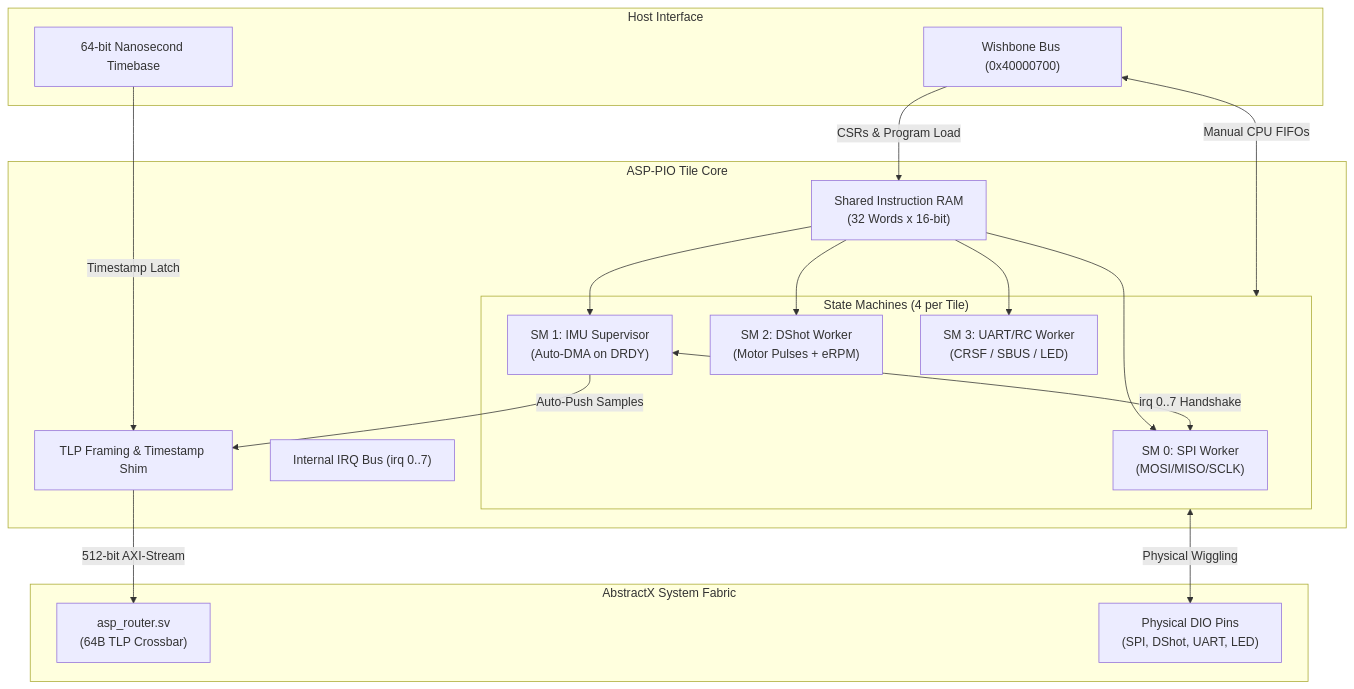
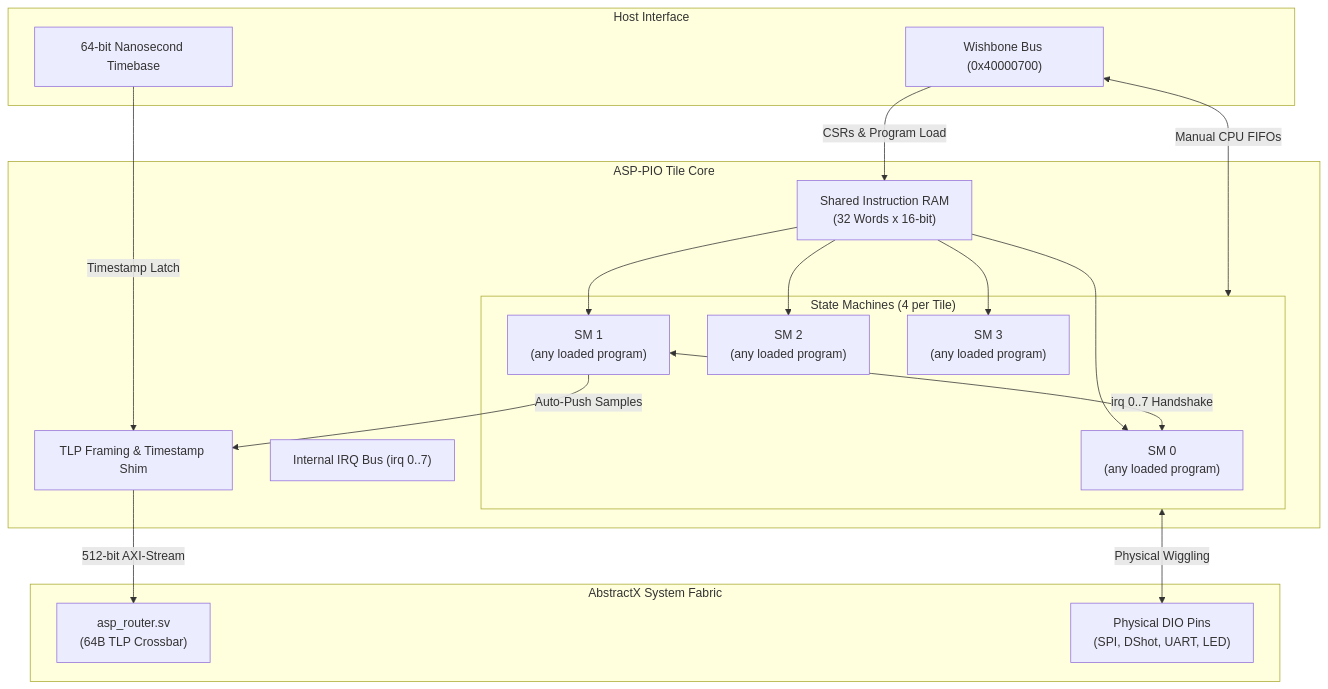
The diagram in rtl/pio/SPECIFICATION.md (tcmichals/AbstractX), drawn with Mermaid before and after one commit. The commit also changed other lines of this file and 1 other file, not shown here.

````diff
--- a/rtl/pio/SPECIFICATION.md
+++ b/rtl/pio/SPECIFICATION.md
@@ -18,35 +18,35 @@
 ```mermaid
 flowchart TD
     subgraph Host["Host Interface"]
         WB["Wishbone Bus (0x40000700)"]
         SYS_TIME["64-bit Nanosecond Timebase"]
     end
 
     subgraph PIO_Tile["ASP-PIO Tile Core"]
         IRAM["Shared Instruction RAM\n(32 Words x 16-bit)"]
         IRQ_BUS["Internal IRQ Bus (irq 0..7)"]
 
         subgraph SMs["State Machines (4 per Tile)"]
-            SM0["SM 0: SPI Worker\n(MOSI/MISO/SCLK)"]
-            SM1["SM 1: IMU Supervisor\n(Auto-DMA on DRDY)"]
-            SM2["SM 2: DShot Worker\n(Motor Pulses + eRPM)"]
-            SM3["SM 3: UART/RC Worker\n(CRSF / SBUS / LED)"]
+            SM0["SM 0\n(any loaded program)"]
+            SM1["SM 1\n(any loaded program)"]
+            SM2["SM 2\n(any loaded program)"]
+            SM3["SM 3\n(any loaded program)"]
         end
 
         TLP_SHIM["TLP Framing & Timestamp Shim"]
     end
 
     subgraph Fabric["AbstractX System Fabric"]
         ROUTER["asp_router.sv\n(64B TLP Crossbar)"]
         PINS["Physical DIO Pins\n(SPI, DShot, UART, LED)"]
     end
 
     WB -->|CSRs & Program Load| IRAM
     WB <-->|Manual CPU FIFOs| SMs
     SYS_TIME -->|Timestamp Latch| TLP_SHIM
     IRAM --> SM0 & SM1 & SM2 & SM3
     SM1 <-->|irq 0..7 Handshake| SM0
     SMs <-->|Physical Wiggling| PINS
     SM1 -->|Auto-Push Samples| TLP_SHIM
     TLP_SHIM -->|512-bit AXI-Stream| ROUTER
 ```
````
